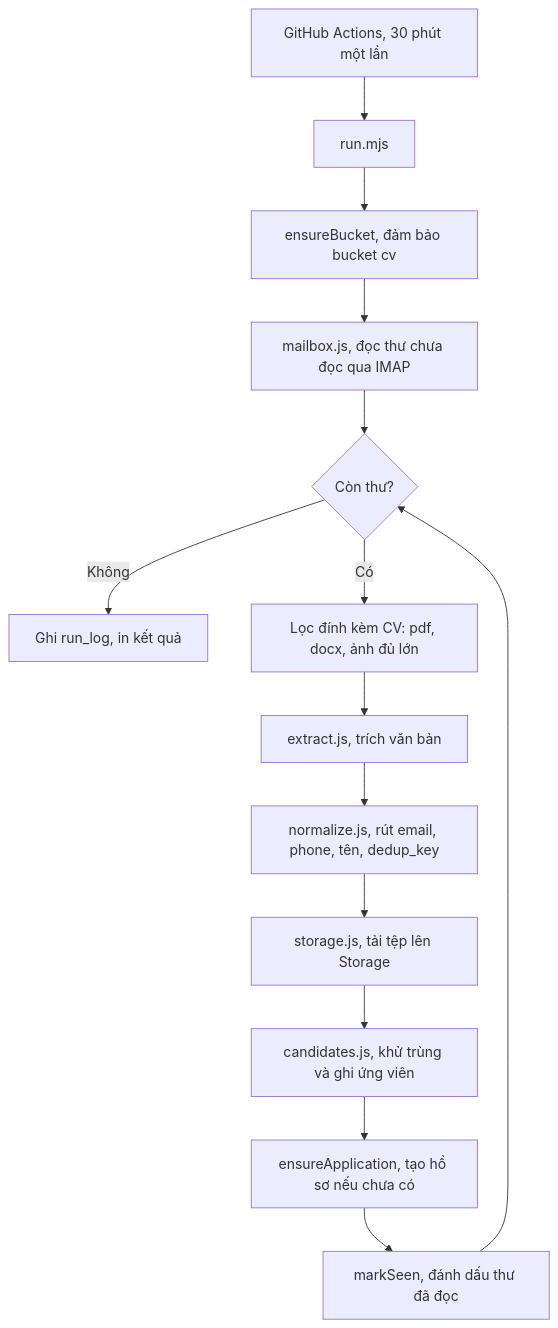
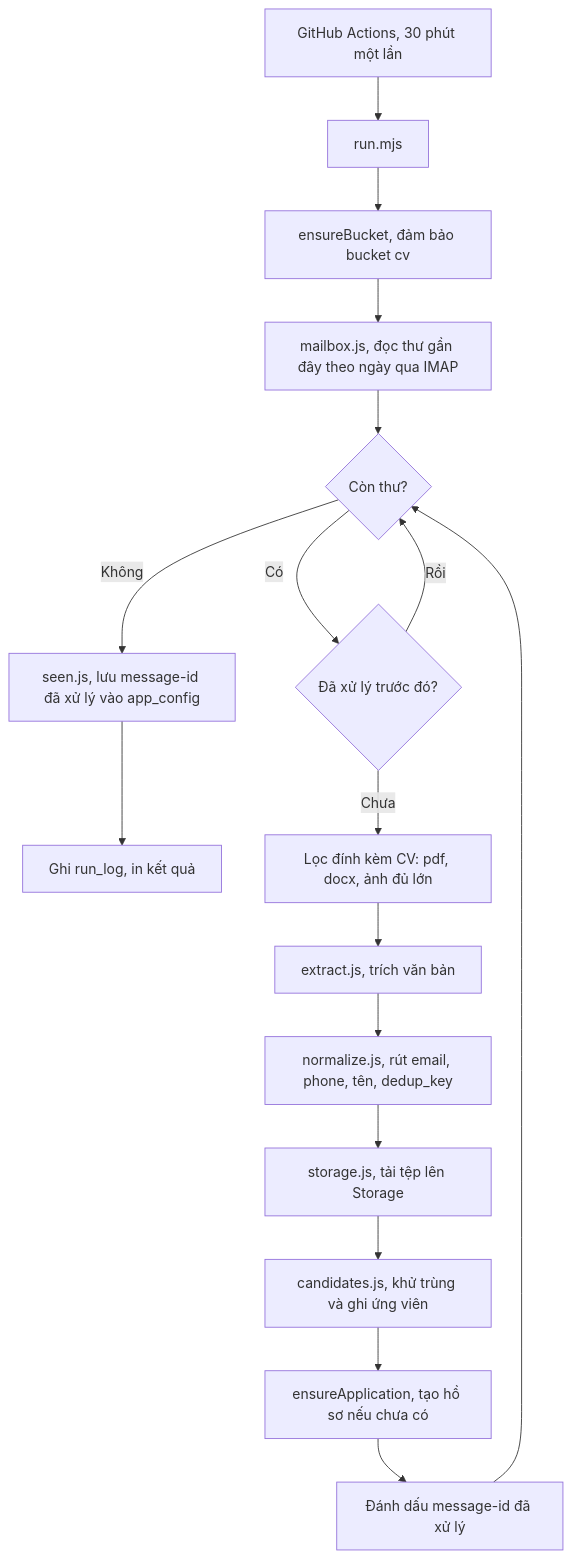
One commit to Mr-Robot1c/sdvico-automation changed the eighth of 12 diagrams in docs/tai-lieu-tong-hop.md. Above: the diagram before and after it, drawn with Mermaid. The commit also changed 6 other files, not shown here.

First line of the commit message:
refactor(hr): đánh dấu CV đã xử lý bằng cơ sở dữ liệu, đọc thư theo ngày

````diff
--- a/docs/tai-lieu-tong-hop.md
+++ b/docs/tai-lieu-tong-hop.md
@@ -355,16 +355,19 @@
 ```mermaid
 flowchart TD
     T["GitHub Actions, 30 phút một lần"] --> R["run.mjs"]
     R --> EB["ensureBucket, đảm bảo bucket cv"]
-    EB --> MB["mailbox.js, đọc thư chưa đọc qua IMAP"]
+    EB --> MB["mailbox.js, đọc thư gần đây theo ngày qua IMAP"]
     MB --> LOOP{"Còn thư?"}
-    LOOP -->|"Không"| LOG["Ghi run_log, in kết quả"]
-    LOOP -->|"Có"| AT["Lọc đính kèm CV: pdf, docx, ảnh đủ lớn"]
+    LOOP -->|"Không"| SAVE["seen.js, lưu message-id đã xử lý vào app_config"]
+    SAVE --> LOG["Ghi run_log, in kết quả"]
+    LOOP -->|"Có"| SEEN{"Đã xử lý trước đó?"}
+    SEEN -->|"Rồi"| LOOP
+    SEEN -->|"Chưa"| AT["Lọc đính kèm CV: pdf, docx, ảnh đủ lớn"]
     AT --> EX["extract.js, trích văn bản"]
     EX --> NR["normalize.js, rút email, phone, tên, dedup_key"]
     NR --> UP["storage.js, tải tệp lên Storage"]
     UP --> CA["candidates.js, khử trùng và ghi ứng viên"]
     CA --> AP["ensureApplication, tạo hồ sơ nếu chưa có"]
-    AP --> SEEN["markSeen, đánh dấu thư đã đọc"]
-    SEEN --> LOOP
+    AP --> MARK["Đánh dấu message-id đã xử lý"]
+    MARK --> LOOP
 ```
````
